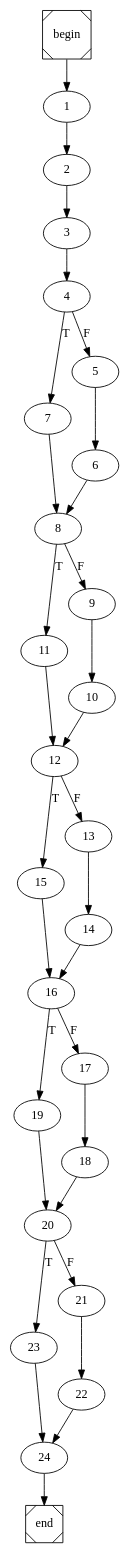
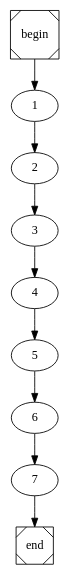
The diagram in main.dot (samyuh/feup-comp-proj), drawn with Graphviz before and after one commit. The commit also changed 17 other files, not shown here.

```diff
--- a/main.dot
+++ b/main.dot
@@ -1,4 +1,4 @@
 digraph cfg {
 	begin [shape=Msquare];
 	end [shape=Msquare];
-	begin -> 1;	1 -> 2;	2 -> 3;	3 -> 4;	4 -> 7[label=T];	4 -> 5[label=F];	5 -> 6;	6 -> 8;	7 -> 8;	8 -> 11[label=T];	8 -> 9[label=F];	9 -> 10;	10 -> 12;	11 -> 12;	12 -> 15[label=T];	12 -> 13[label=F];	13 -> 14;	14 -> 16;	15 -> 16;	16 -> 19[label=T];	16 -> 17[label=F];	17 -> 18;	18 -> 20;	19 -> 20;	20 -> 23[label=T];	20 -> 21[label=F];	21 -> 22;	22 -> 24;	23 -> 24;	24 -> end;}
+	begin -> 1;	1 -> 2;	2 -> 3;	3 -> 4;	4 -> 5;	5 -> 6;	6 -> 7;	7 -> end;}
```
